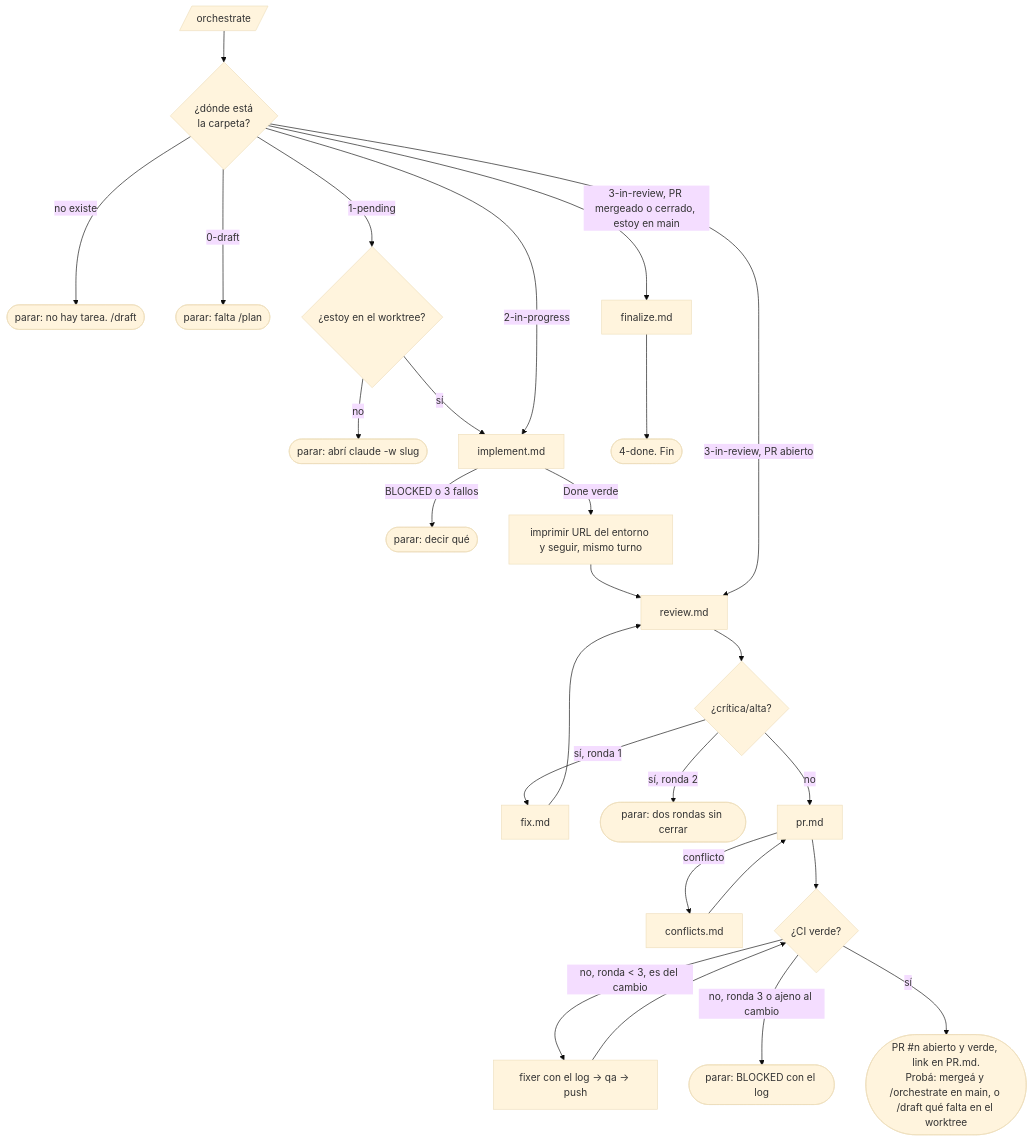
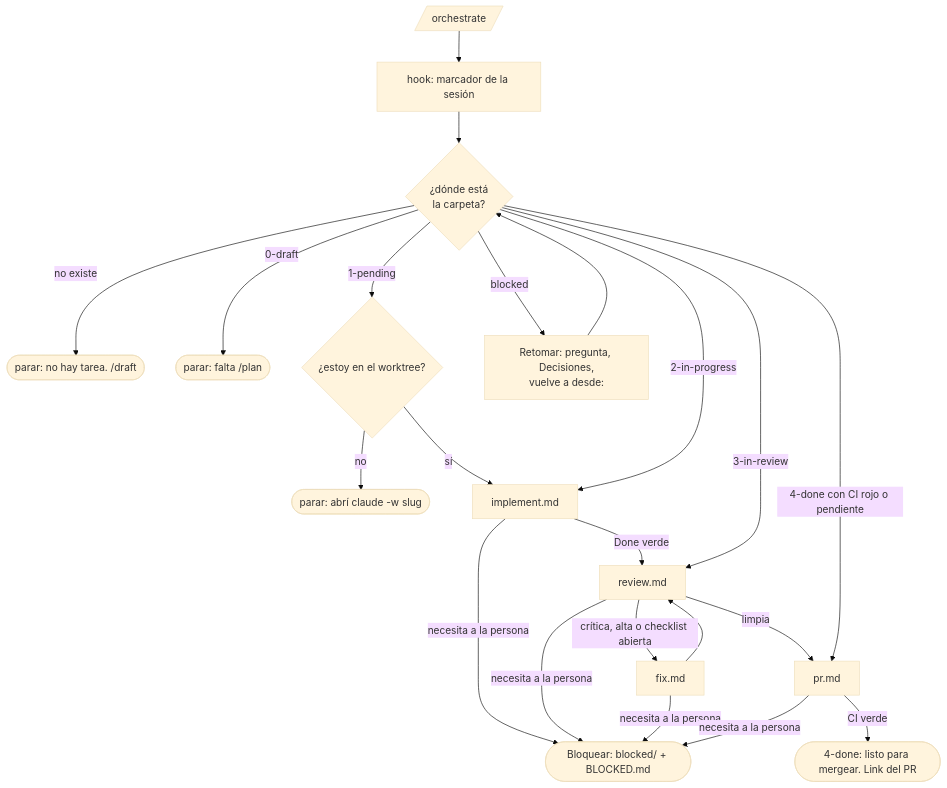
The second of 2 diagrams in skills/workflow/references/orchestrate.md (octavio-parozlabs/mindstack), drawn with Mermaid (base theme) before and after one commit. The commit also changed other lines of this file and 44 other files, not shown here.

````diff
--- a/skills/workflow/references/orchestrate.md
+++ b/skills/workflow/references/orchestrate.md
@@ -20,24 +20,18 @@
 ```mermaid
 flowchart TD
-    IN[/orchestrate/] --> ST{¿dónde está\nla carpeta?}
+    IN[/orchestrate/] --> MK["hook: marcador de la sesión"] --> ST{¿dónde está\nla carpeta?}
     ST -- no existe --> FIN0(["parar: no hay tarea. /draft"])
     ST -- 0-draft --> FIN1(["parar: falta /plan"])
     ST -- 1-pending --> WT{¿estoy en el worktree?}
     WT -- no --> FIN2(["parar: abrí claude -w slug"])
     WT -- sí --> IM[implement.md]
     ST -- 2-in-progress --> IM
-    IM -- BLOCKED o 3 fallos --> FIN3([parar: decir qué])
-    IM -- Done verde --> URL[imprimir URL del entorno y seguir, mismo turno]
-    URL --> RV[review.md]
-    ST -- 3-in-review, PR mergeado o cerrado, estoy en main --> FZ[finalize.md] --> FIN7(["4-done. Fin"])
-    ST -- 3-in-review, PR abierto --> RV
-    RV --> H{¿crítica/alta?}
-    H -- sí, ronda 1 --> CO[fix.md] --> RV
-    H -- sí, ronda 2 --> FIN4([parar: dos rondas sin cerrar])
-    H -- no --> PRC[pr.md]
-    PRC -- conflicto --> CF[conflicts.md] --> PRC
-    PRC --> CI{¿CI verde?}
-    CI -- no, ronda < 3, es del cambio --> CIF[fixer con el log → qa → push] --> CI
-    CI -- no, ronda 3 o ajeno al cambio --> FIN6([parar: BLOCKED con el log])
-    CI -- sí --> FIN5(["PR #n abierto y verde, link en PR.md.\nProbá: mergeá y /orchestrate en main, o /draft qué falta en el worktree"])
+    ST -- blocked --> UB["Retomar: pregunta, Decisiones,\nvuelve a desde:"] --> ST
+    IM -- Done verde --> RV[review.md]
+    ST -- 3-in-review --> RV
+    RV -- "crítica, alta o checklist abierta" --> CO[fix.md] --> RV
+    RV -- limpia --> PRC[pr.md]
+    ST -- "4-done con CI rojo o pendiente" --> PRC
+    PRC -- CI verde --> DONE(["4-done: listo para mergear. Link del PR"])
+    IM & RV & CO & PRC -- "necesita a la persona" --> BL(["Bloquear: blocked/ + BLOCKED.md"])
 ```
````
